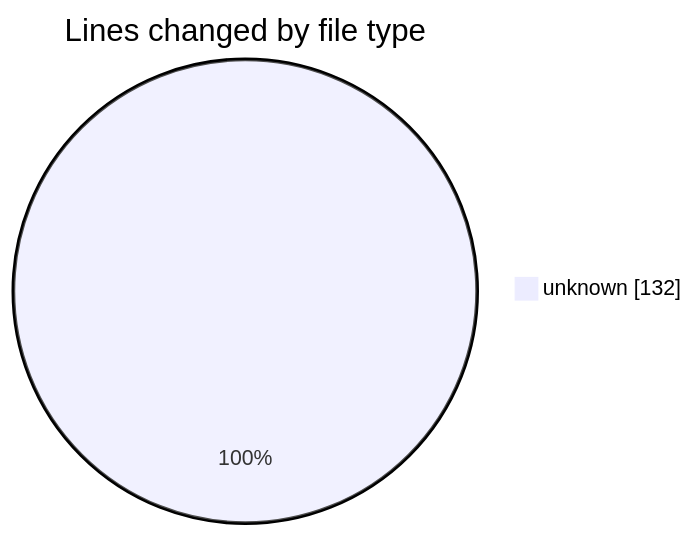
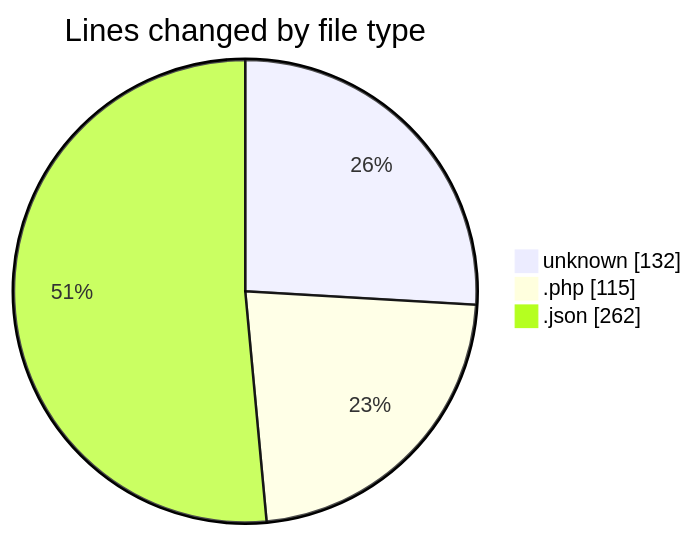
One commit to idhammustaqopulfikri/code-tracking changed the first of 2 diagrams in 2025-11-13/futsal-recommender/README.md. Above: the diagram before and after it, drawn with Mermaid. The commit also changed other lines of this file and 1 other file, not shown here.

````diff
--- a/2025-11-13/futsal-recommender/README.md
+++ b/2025-11-13/futsal-recommender/README.md
@@ -20,5 +23,7 @@
 ```mermaid
 pie showData
 title Lines changed by file type
 "unknown" : 132
+".php" : 115
+".json" : 262
 ```
````
